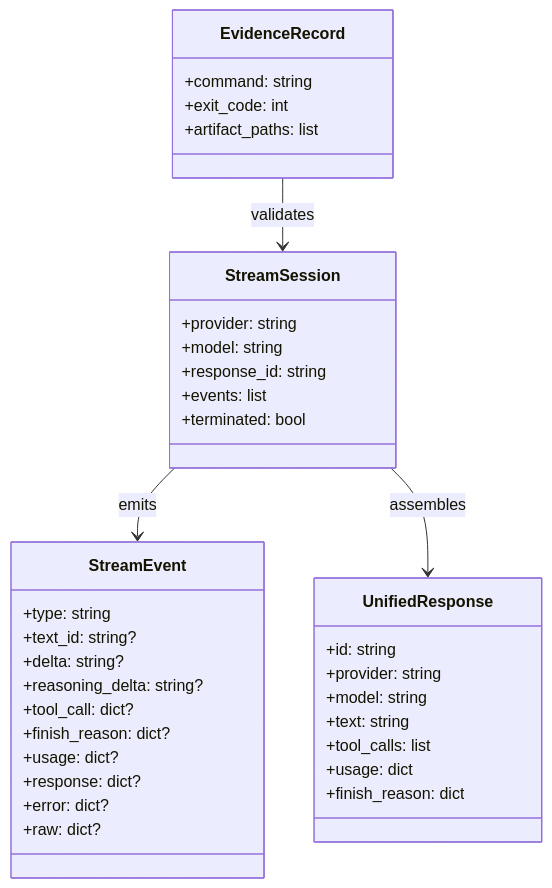
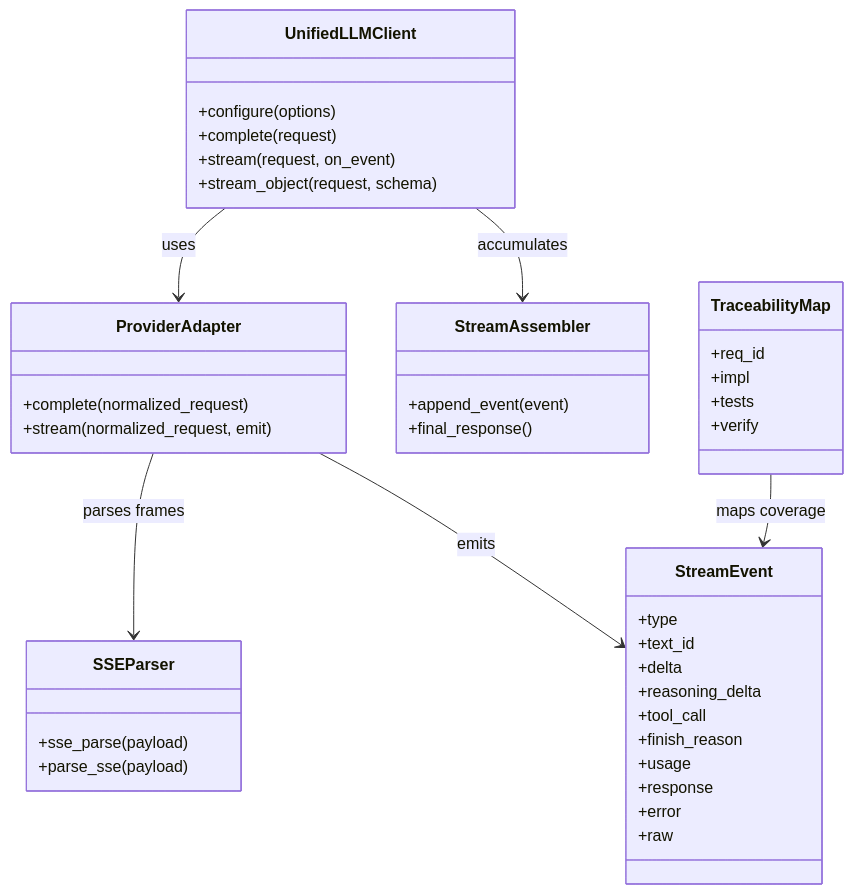
One commit to jaytaylor/attractor-tcl changed the first of 5 diagrams in docs/sprints/SPRINT-005-comprehensive-implementation-plan.md. Above: the diagram before and after it, drawn with Mermaid. The commit also changed other lines of this file, not shown here.

Commit message:
docs(sprint-005): mark comprehensive implementation plan complete

````diff
--- a/docs/sprints/SPRINT-005-comprehensive-implementation-plan.md
+++ b/docs/sprints/SPRINT-005-comprehensive-implementation-plan.md
@@ -817,43 +591,50 @@
 ```mermaid
 classDiagram
-  class StreamEvent {
-    +type: string
-    +text_id: string?
-    +delta: string?
-    +reasoning_delta: string?
-    +tool_call: dict?
-    +finish_reason: dict?
-    +usage: dict?
-    +response: dict?
-    +error: dict?
-    +raw: dict?
+  class UnifiedLLMClient {
+    +configure(options)
+    +complete(request)
+    +stream(request, on_event)
+    +stream_object(request, schema)
   }
 
-  class StreamSession {
-    +provider: string
-    +model: string
-    +response_id: string
-    +events: list
-    +terminated: bool
+  class ProviderAdapter {
+    +complete(normalized_request)
+    +stream(normalized_request, emit)
   }
 
-  class UnifiedResponse {
-    +id: string
-    +provider: string
-    +model: string
-    +text: string
-    +tool_calls: list
-    +usage: dict
-    +finish_reason: dict
+  class StreamEvent {
+    +type
+    +text_id
+    +delta
+    +reasoning_delta
+    +tool_call
+    +finish_reason
+    +usage
+    +response
+    +error
+    +raw
   }
 
-  class EvidenceRecord {
-    +command: string
-    +exit_code: int
-    +artifact_paths: list
+  class SSEParser {
+    +sse_parse(payload)
+    +parse_sse(payload)
   }
 
-  StreamSession --> StreamEvent : emits
-  StreamSession --> UnifiedResponse : assembles
-  EvidenceRecord --> StreamSession : validates
+  class StreamAssembler {
+    +append_event(event)
+    +final_response()
+  }
+
+  class TraceabilityMap {
+    +req_id
+    +impl
+    +tests
+    +verify
+  }
+
+  UnifiedLLMClient --> ProviderAdapter : uses
+  ProviderAdapter --> SSEParser : parses frames
+  ProviderAdapter --> StreamEvent : emits
+  UnifiedLLMClient --> StreamAssembler : accumulates
+  TraceabilityMap --> StreamEvent : maps coverage
 ```
````
